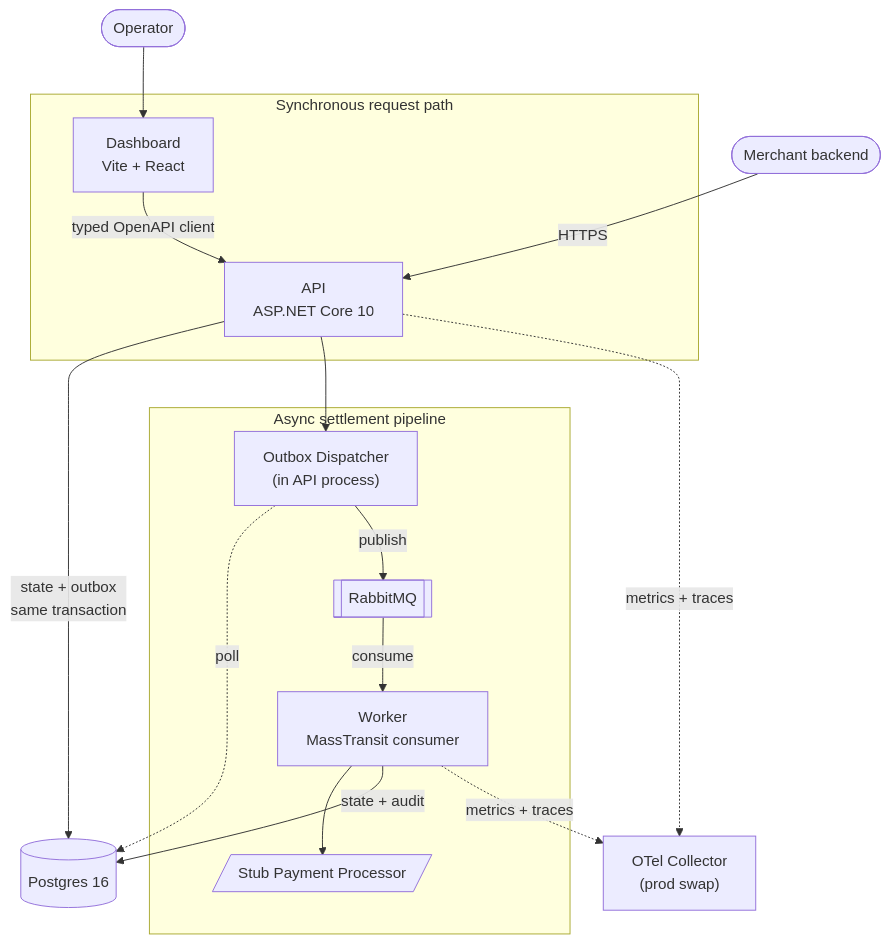
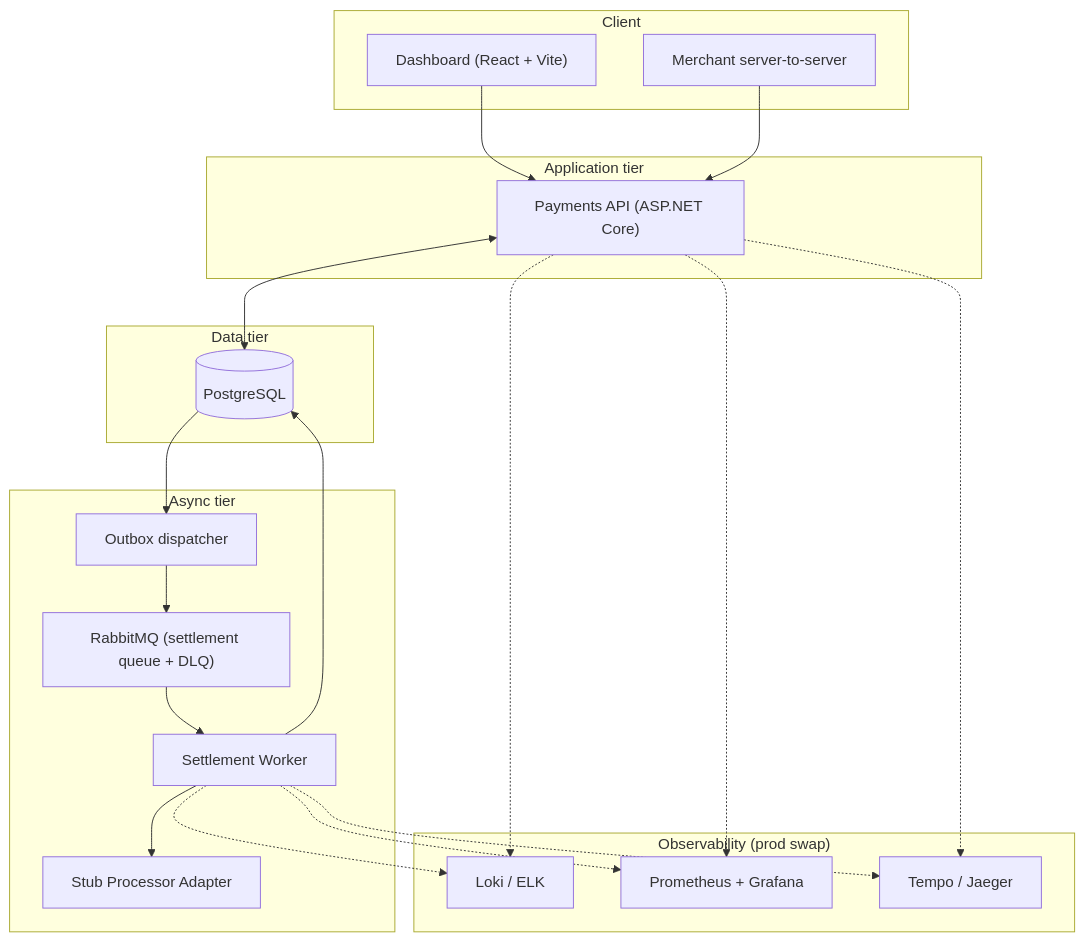
Before and after one commit to EvanBrianGarcia/Argyle---Payment-Processing-Platform: the diagram in README.md, drawn with Mermaid. The commit also changed other lines of this file, not shown here.

First line of the commit message:
docs: simplify README diagram + consolidate Pending→Authorized into §6

````diff
--- a/README.md
+++ b/README.md
@@ -156,35 +111,43 @@
 ```mermaid
 flowchart TB
-    Merchant([Merchant backend])
-    Operator([Operator])
-
-    subgraph Sync ["Synchronous request path"]
-        Dashboard["Dashboard<br/>Vite + React"]
-        API["API<br/>ASP.NET Core 10"]
+    subgraph Client
+      Browser["Dashboard (React + Vite)"]
+      MerchantAPI["Merchant server-to-server"]
     end
 
-    subgraph Async ["Async settlement pipeline"]
-        Dispatcher["Outbox Dispatcher<br/>(in API process)"]
-        RabbitMQ[["RabbitMQ"]]
-        Worker["Worker<br/>MassTransit consumer"]
-        Processor[/"Stub Payment Processor"/]
+    subgraph App["Application tier"]
+      API["Payments API (ASP.NET Core)"]
     end
 
-    Postgres[("Postgres 16")]
-    Otel["OTel Collector<br/>(prod swap)"]
+    subgraph Data["Data tier"]
+      PG[("PostgreSQL")]
+    end
 
-    Merchant -->|HTTPS| API
-    Operator --> Dashboard
-    Dashboard -->|typed OpenAPI client| API
+    subgraph Async["Async tier"]
+      Outbox["Outbox dispatcher"]
+      MQ["RabbitMQ (settlement queue + DLQ)"]
+      Worker["Settlement Worker"]
+      Stub["Stub Processor Adapter"]
+    end
 
-    API -->|state + outbox<br/>same transaction| Postgres
-    API --> Dispatcher
-    Dispatcher -.->|poll| Postgres
-    Dispatcher -->|publish| RabbitMQ
-    RabbitMQ -->|consume| Worker
-    Worker --> Processor
-    Worker -->|state + audit| Postgres
+    subgraph Obs["Observability (prod swap)"]
+      Logs["Loki / ELK"]
+      Metrics["Prometheus + Grafana"]
+      Traces["Tempo / Jaeger"]
+    end
 
-    API -.->|metrics + traces| Otel
-    Worker -.->|metrics + traces| Otel
+    Browser --> API
+    MerchantAPI --> API
+    API <--> PG
+    PG --> Outbox
+    Outbox --> MQ
+    MQ --> Worker
+    Worker --> Stub
+    Worker --> PG
+    API -.-> Logs
+    Worker -.-> Logs
+    API -.-> Metrics
+    Worker -.-> Metrics
+    API -.-> Traces
+    Worker -.-> Traces
 ```
````
